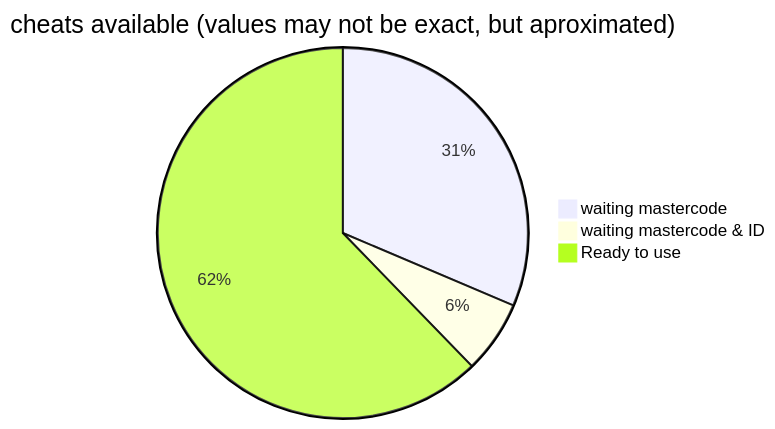
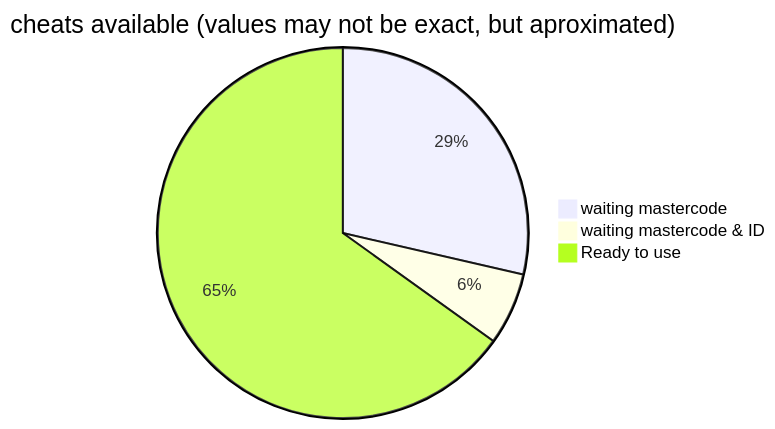
One commit to PS2-Widescreen/pnach-DB changed the diagram in README.md. Above: the diagram before and after it, drawn with Mermaid.

````diff
--- a/README.md
+++ b/README.md
@@ -11,7 +11,7 @@
 ```mermaid
 pie title cheats available (values may not be exact, but aproximated)
 
-  "waiting mastercode": 1244
-  "waiting mastercode & ID": 252
-  "Ready to use": 2467
+  "waiting mastercode": 1137
+  "waiting mastercode & ID": 251
+  "Ready to use": 2588
 ```
````
